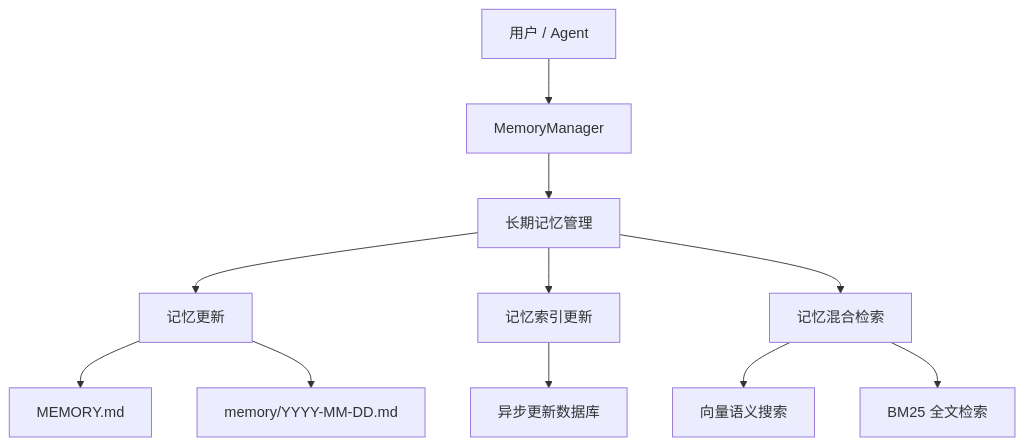
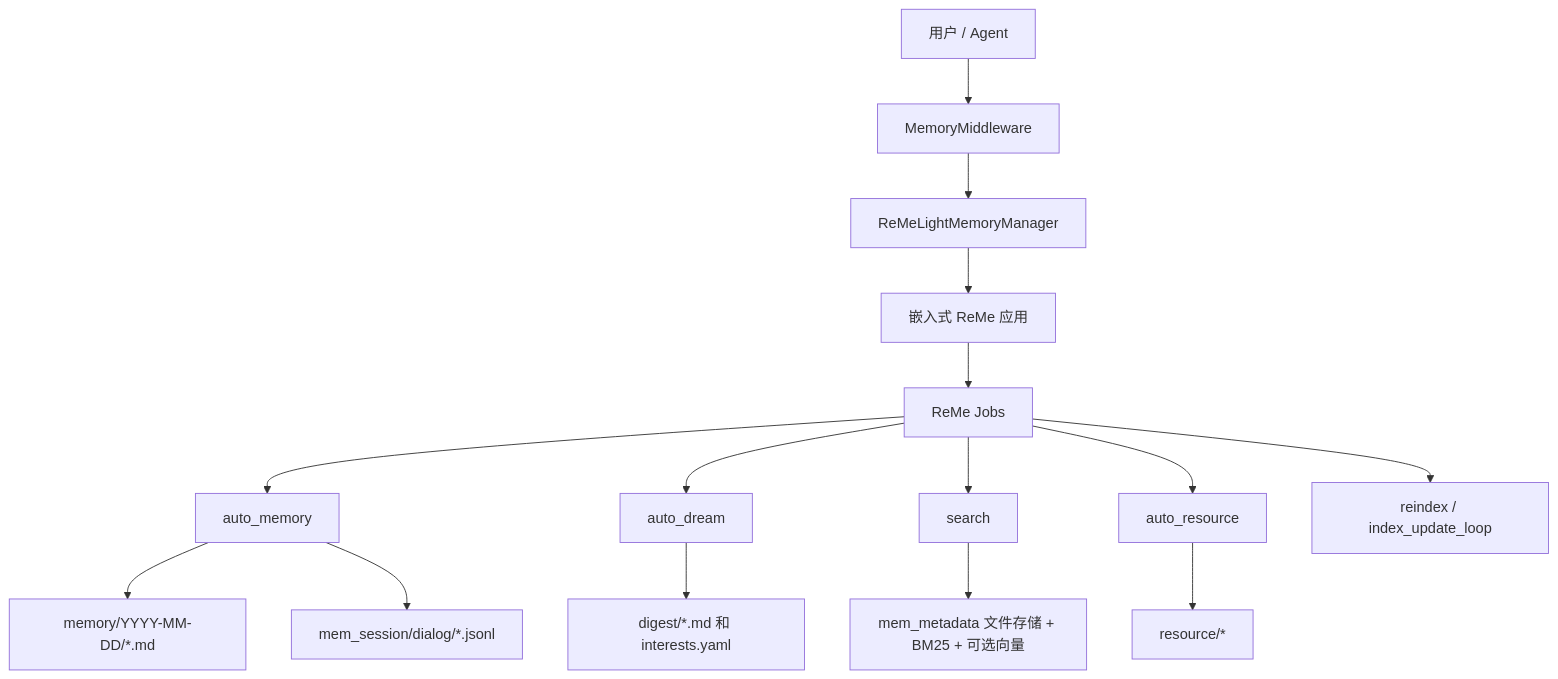
The first of 2 diagrams in website/public/docs/memory.zh.md (agentscope-ai/QwenPaw), drawn with Mermaid before and after one commit. The commit also changed other lines of this file and 5 other files, not shown here.

````diff
--- a/website/public/docs/memory.zh.md
+++ b/website/public/docs/memory.zh.md
@@ -13,13 +14,17 @@
 ```mermaid
 graph TB
-    User[用户 / Agent] --> MM[MemoryManager]
-    MM --> MemoryMgmt[长期记忆管理]
-    MemoryMgmt --> FileTools[记忆更新]
-    MemoryMgmt --> Watcher[记忆索引更新]
-    MemoryMgmt --> SearchLayer[记忆混合检索]
-    FileTools --> LTM[MEMORY.md]
-    FileTools --> DailyLog[memory/YYYY-MM-DD.md]
-    Watcher --> Index[异步更新数据库]
-    SearchLayer --> VectorSearch[向量语义搜索]
-    SearchLayer --> BM25[BM25 全文检索]
+    User[用户 / Agent] --> Middleware[MemoryMiddleware]
+    Middleware --> Manager[ReMeLightMemoryManager]
+    Manager --> ReMe[嵌入式 ReMe 应用]
+    ReMe --> Jobs[ReMe Jobs]
+    Jobs --> AutoMemory[auto_memory]
+    Jobs --> AutoDream[auto_dream]
+    Jobs --> Search[search]
+    Jobs --> Resource[auto_resource]
+    Jobs --> Reindex[reindex / index_update_loop]
+    AutoMemory --> Daily[memory/YYYY-MM-DD/*.md]
+    AutoMemory --> Session[mem_session/dialog/*.jsonl]
+    AutoDream --> Digest[digest/*.md 和 interests.yaml]
+    Resource --> ResourceDir[resource/*]
+    Search --> Store[mem_metadata 文件存储 + BM25 + 可选向量]
 ```
````
